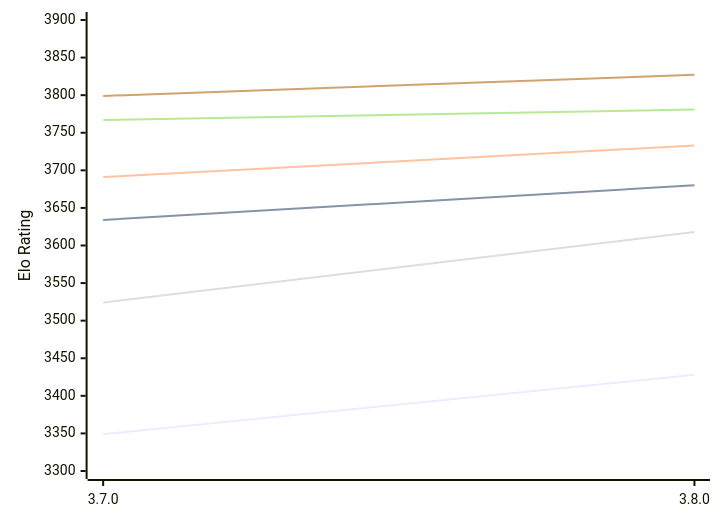
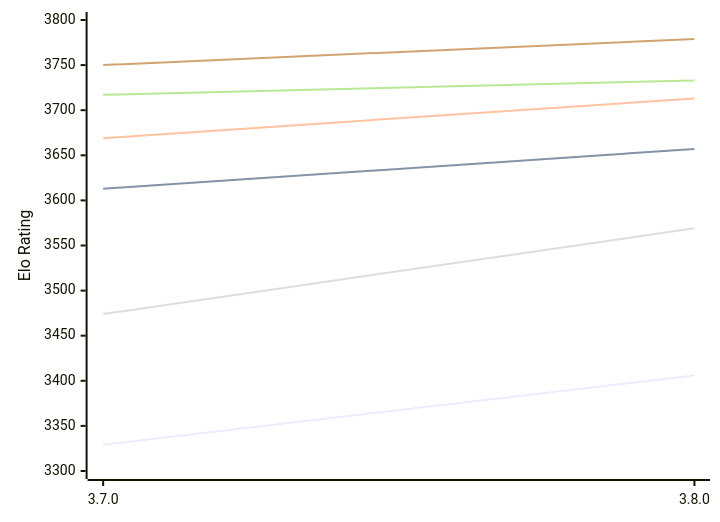
The first of 2 diagrams in engines/Igel.md (computer-chess-index/cci), drawn with Mermaid before and after one commit. The commit also changed other lines of this file, not shown here.

Commit message:
Update CCI Ratings (ELO VLTC) - 2026-11-08

````diff
--- a/engines/Igel.md
+++ b/engines/Igel.md
@@ -51,12 +51,12 @@
 ```mermaid
 %%{init: {"theme":"base","themeVariables":{"seriesColors:['#a3a3a3','#222221','#faa371']}}}%%
 xychart-beta
   x-axis ["3.7.0", "3.8.0"]
-  y-axis "Elo Rating" 3300 --> 3900
-  line "E1: STC (8.0+0.08s)" [3349, 3428]
-  line "E1: LTC (60.0+0.60s)" [3634, 3680]
-  line "E1: VLTC (2m24s+1.12s)" [3691, 3733]
-  line "P1: STC (8.0+0.08s)" [3524, 3618]
-  line "P1: LTC (60.0+0.60s)" [3767, 3781]
-  line "P1: VLTC (2m24s+1.12s)" [3799, 3827]
+  y-axis "Elo Rating" 3300 --> 3800
+  line "E1: STC (8.0+0.08s)" [3329, 3406]
+  line "E1: LTC (60.0+0.60s)" [3613, 3657]
+  line "E1: VLTC (2m24s+1.12s)" [3669, 3713]
+  line "P1: STC (8.0+0.08s)" [3474, 3569]
+  line "P1: LTC (60.0+0.60s)" [3717, 3733]
+  line "P1: VLTC (2m24s+1.12s)" [3750, 3779]
 ```
````
